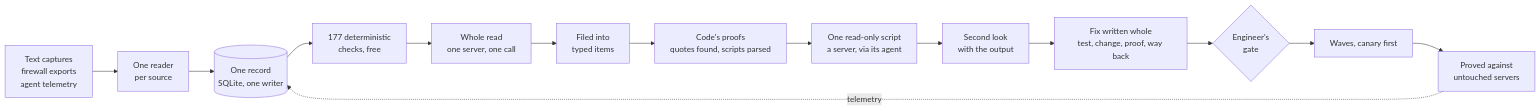
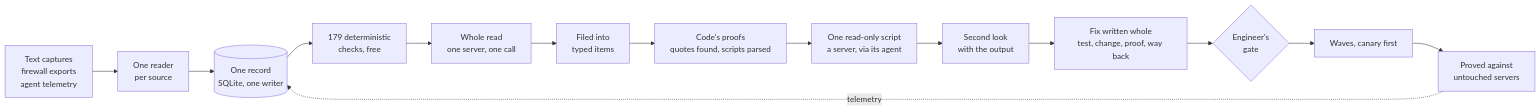
One commit to RyanH-sudo/ninjatoolkit-case-study changed the diagram in README.md. Above: the diagram before and after it, drawn with Mermaid. The commit also changed other lines of this file and 3 other files, not shown here.

````diff
--- a/README.md
+++ b/README.md
@@ -21,16 +21,16 @@
 ```mermaid
 flowchart LR
     IN["Text captures<br/>firewall exports<br/>agent telemetry"] --> RD["One reader<br/>per source"]
     RD --> REC[("One record<br/>SQLite, one writer")]
-    REC --> CHK["177 deterministic<br/>checks, free"]
+    REC --> CHK["179 deterministic<br/>checks, free"]
     CHK --> READ["Whole read<br/>one server, one call"]
     READ --> FILE["Filed into<br/>typed items"]
     FILE --> PROOF["Code's proofs<br/>quotes found, scripts parsed"]
     PROOF --> AGENT["One read-only script<br/>a server, via its agent"]
     AGENT --> LOOK["Second look<br/>with the output"]
     LOOK --> FIX["Fix written whole<br/>test, change, proof, way back"]
     FIX --> GATE{"Engineer's<br/>gate"}
     GATE --> WAVE["Waves, canary first"]
     WAVE --> PROVE["Proved against<br/>untouched servers"]
     PROVE -. telemetry .-> REC
 ```
````
